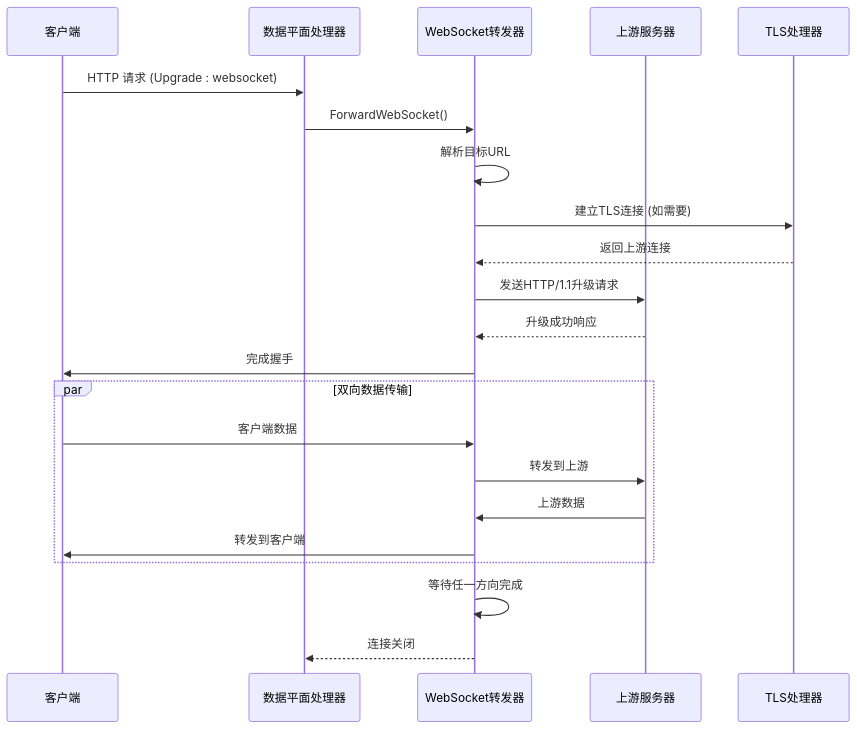
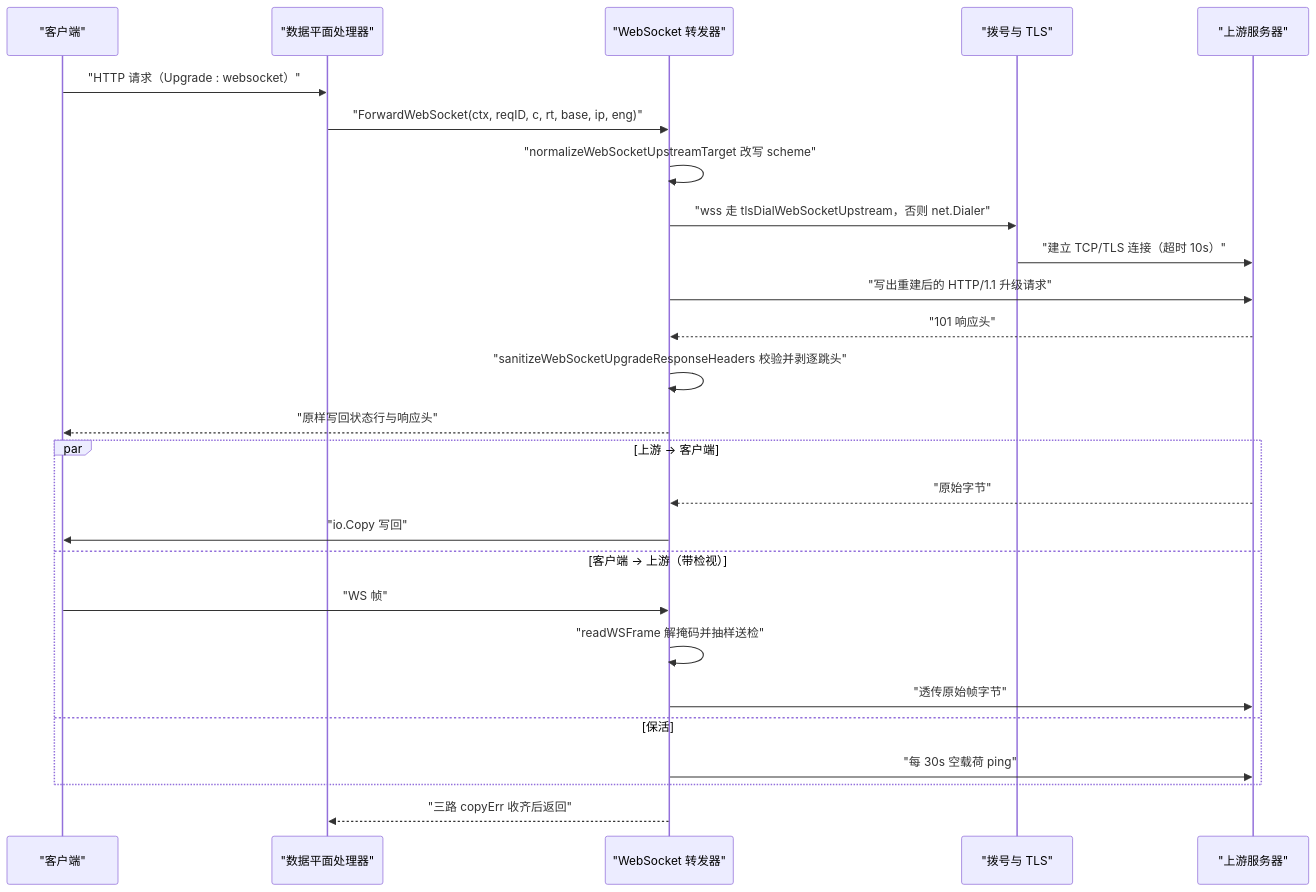
One commit to x01n/My-OpenWaf changed the third of 11 diagrams in docs/数据平面处理/WebSocket 连接处理.md. Above: the diagram before and after it, drawn with Mermaid. The commit also changed other lines of this file and 622 other files, not shown here.

````diff
--- a/docs/数据平面处理/WebSocket 连接处理.md
+++ b/docs/数据平面处理/WebSocket 连接处理.md
@@ -100,24 +135,28 @@
 ```mermaid
 sequenceDiagram
-participant Client as 客户端
-participant Handler as 数据平面处理器
-participant WS as WebSocket转发器
-participant Upstream as 上游服务器
-participant TLS as TLS处理器
-Client->>Handler : HTTP 请求 (Upgrade : websocket)
-Handler->>WS : ForwardWebSocket()
-WS->>WS : 解析目标URL
-WS->>TLS : 建立TLS连接 (如需要)
-TLS-->>WS : 返回上游连接
-WS->>Upstream : 发送HTTP/1.1升级请求
-Upstream-->>WS : 升级成功响应
-WS->>Client : 完成握手
-par 双向数据传输
-Client->>WS : 客户端数据
-WS->>Upstream : 转发到上游
-Upstream->>WS : 上游数据
-WS->>Client : 转发到客户端
+participant Client as "客户端"
+participant Handler as "数据平面处理器"
+participant WS as "WebSocket 转发器"
+participant Dial as "拨号与 TLS"
+participant Upstream as "上游服务器"
+Client->>Handler : "HTTP 请求（Upgrade : websocket）"
+Handler->>WS : "ForwardWebSocket(ctx, reqID, c, rt, base, ip, eng)"
+WS->>WS : "normalizeWebSocketUpstreamTarget 改写 scheme"
+WS->>Dial : "wss 走 tlsDialWebSocketUpstream，否则 net.Dialer"
+Dial->>Upstream : "建立 TCP/TLS 连接（超时 10s）"
+WS->>Upstream : "写出重建后的 HTTP/1.1 升级请求"
+Upstream-->>WS : "101 响应头"
+WS->>WS : "sanitizeWebSocketUpgradeResponseHeaders 校验并剥逐跳头"
+WS-->>Client : "原样写回状态行与响应头"
+par 上游 → 客户端
+Upstream-->>WS : "原始字节"
+WS->>Client : "io.Copy 写回"
+and 客户端 → 上游（带检视）
+Client->>WS : "WS 帧"
+WS->>WS : "readWSFrame 解掩码并抽样送检"
+WS->>Upstream : "透传原始帧字节"
+and 保活
+WS->>Upstream : "每 30s 空载荷 ping"
 end
-WS->>WS : 等待任一方向完成
-WS-->>Handler : 连接关闭
+WS-->>Handler : "三路 copyErr 收齐后返回"
 ```
````
